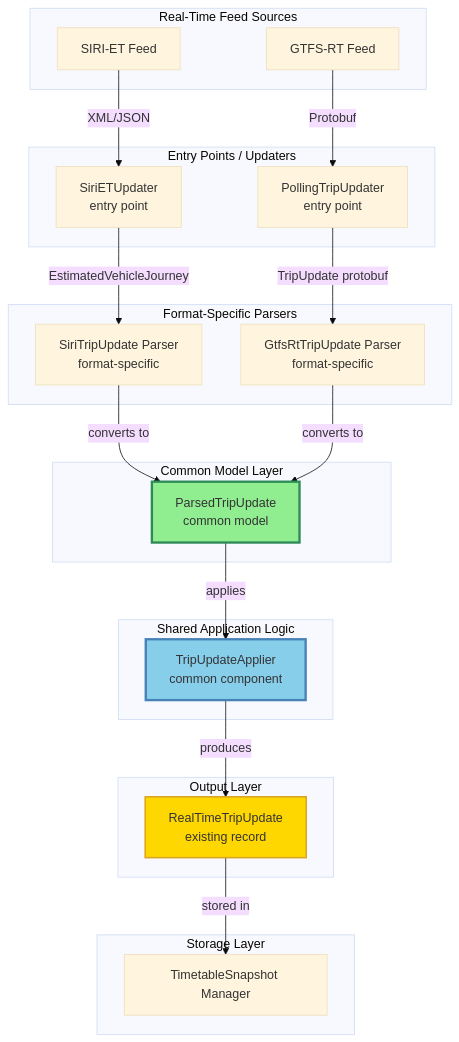
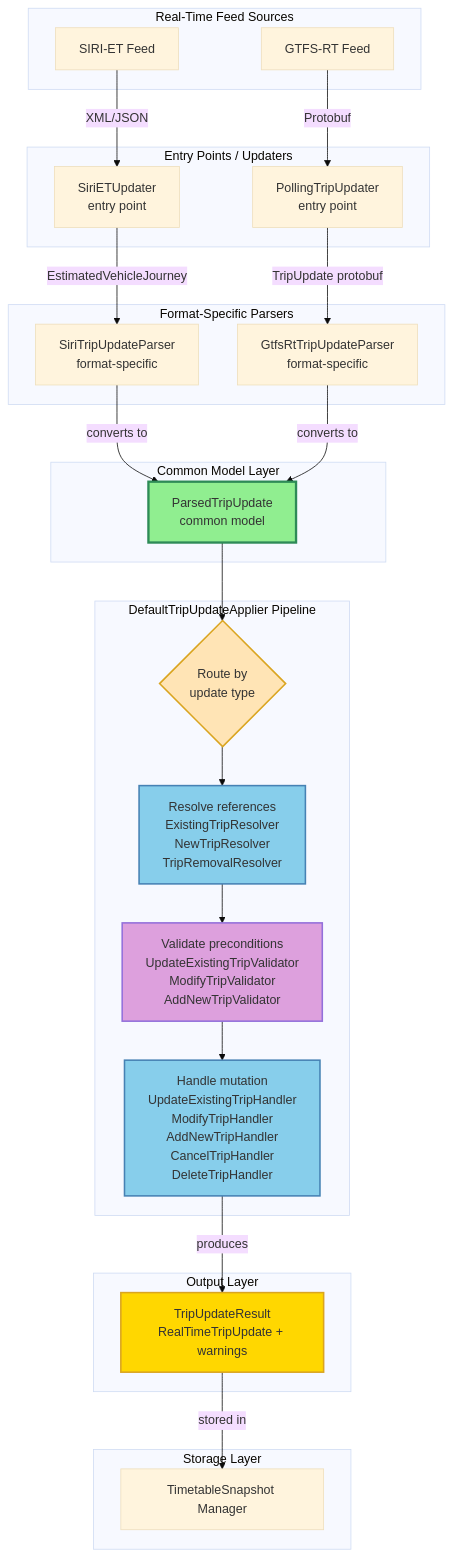
One commit to entur/OpenTripPlanner changed the first of 11 diagrams in docs/design/unified-realtime-updaters-with-diagrams.md. Above: the diagram before and after it, drawn with Mermaid (base theme). The commit also changed other lines of this file and 1 other file, not shown here.

````diff
--- a/docs/design/unified-realtime-updaters-with-diagrams.md
+++ b/docs/design/unified-realtime-updaters-with-diagrams.md
@@ -78,52 +84,61 @@
 ```mermaid
 flowchart TB
     subgraph Feeds["Real-Time Feed Sources"]
         SIRI[SIRI-ET Feed]
         GTFS[GTFS-RT Feed]
     end
-    
+
     subgraph Updaters["Entry Points / Updaters"]
         SiriUpdater[SiriETUpdater<br/>entry point]
         GtfsUpdater[PollingTripUpdater<br/>entry point]
     end
-    
+
     subgraph Parsers["Format-Specific Parsers"]
-        SiriParser[SiriTripUpdate Parser<br/>format-specific]
-        GtfsParser[GtfsRtTripUpdate Parser<br/>format-specific]
+        SiriParser[SiriTripUpdateParser<br/>format-specific]
+        GtfsParser[GtfsRtTripUpdateParser<br/>format-specific]
     end
-    
+
     subgraph CommonModel["Common Model Layer"]
         ParsedUpdate[ParsedTripUpdate<br/>common model]
     end
-    
-    subgraph Applier["Shared Application Logic"]
-        TripApplier[TripUpdateApplier<br/>common component]
+
+    subgraph Pipeline["DefaultTripUpdateApplier Pipeline"]
+        Route{Route by<br/>update type}
+        Resolve[Resolve references<br/>ExistingTripResolver<br/>NewTripResolver<br/>TripRemovalResolver]
+        Validate[Validate preconditions<br/>UpdateExistingTripValidator<br/>ModifyTripValidator<br/>AddNewTripValidator]
+        Handle[Handle mutation<br/>UpdateExistingTripHandler<br/>ModifyTripHandler<br/>AddNewTripHandler<br/>CancelTripHandler<br/>DeleteTripHandler]
     end
-    
+
     subgraph Output["Output Layer"]
-        RTUpdate[RealTimeTripUpdate<br/>existing record]
+        RTUpdate[TripUpdateResult<br/>RealTimeTripUpdate + warnings]
     end
-    
+
     subgraph Storage["Storage Layer"]
         SnapshotMgr[TimetableSnapshot Manager]
     end
-    
+
     SIRI -->|XML/JSON| SiriUpdater
     GTFS -->|Protobuf| GtfsUpdater
-    
+
     SiriUpdater -->|EstimatedVehicleJourney| SiriParser
     GtfsUpdater -->|TripUpdate protobuf| GtfsParser
-    
+
     SiriParser -->|converts to| ParsedUpdate
     GtfsParser -->|converts to| ParsedUpdate
-    
-    ParsedUpdate -->|applies| TripApplier
-    
-    TripApplier -->|produces| RTUpdate
-    
+
+    ParsedUpdate --> Route
+    Route --> Resolve
+    Resolve --> Validate
+    Validate --> Handle
+
+    Handle -->|produces| RTUpdate
+
     RTUpdate -->|stored in| SnapshotMgr
-    
+
     style ParsedUpdate fill:#90EE90,stroke:#2E8B57,stroke-width:3px
-    style TripApplier fill:#87CEEB,stroke:#4682B4,stroke-width:3px
+    style Route fill:#FFE4B5,stroke:#DAA520,stroke-width:2px
+    style Resolve fill:#87CEEB,stroke:#4682B4,stroke-width:2px
+    style Validate fill:#DDA0DD,stroke:#9370DB,stroke-width:2px
+    style Handle fill:#87CEEB,stroke:#4682B4,stroke-width:2px
     style RTUpdate fill:#FFD700,stroke:#DAA520,stroke-width:2px
 ```
````
